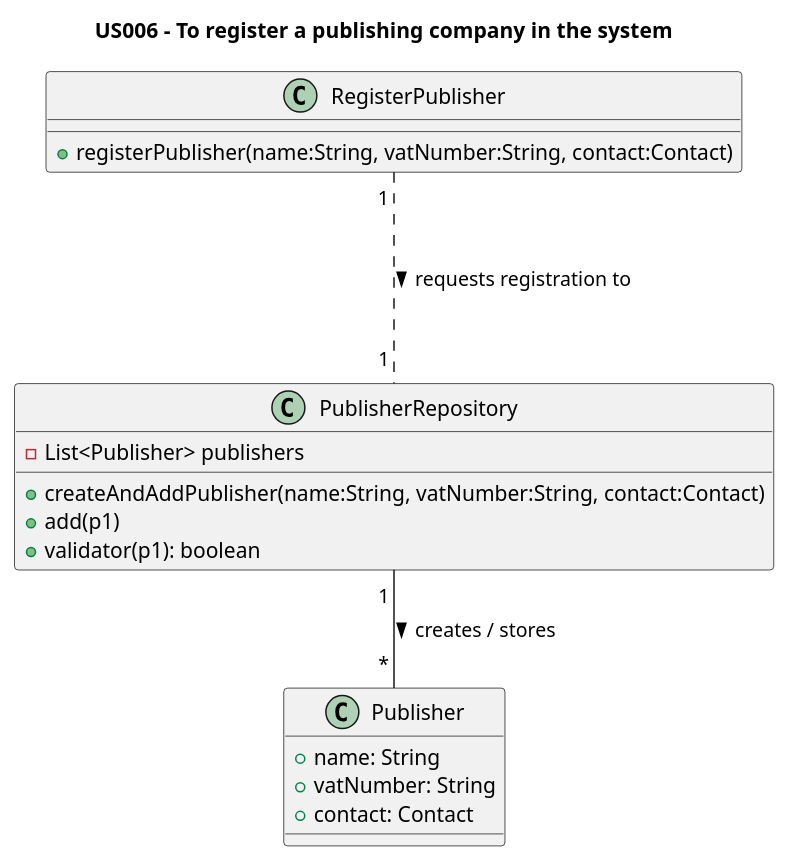
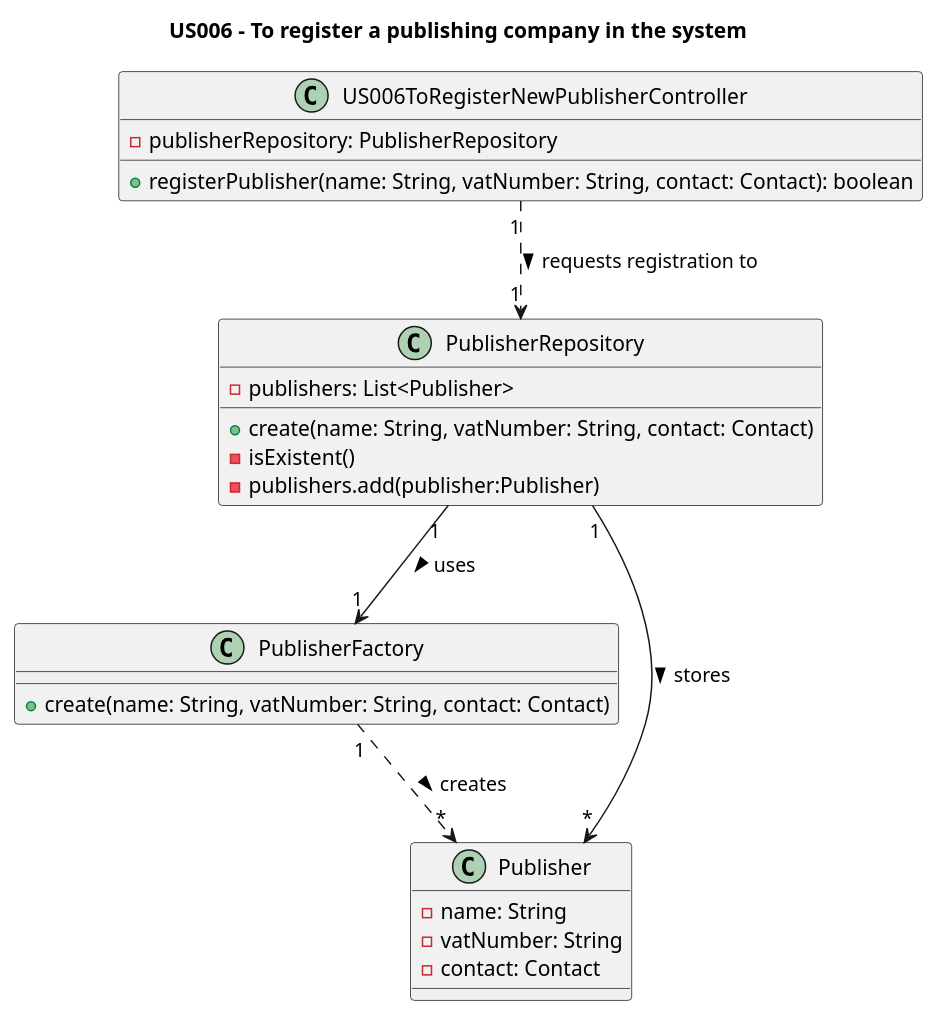
One commit to AndrePereiraGitH/SWitCH-Project-Team_A changed the diagram in Diagrams/ClassDiagrams/US006-to-register-a-publishing-company.puml. Above: the diagram before and after it, drawn with PlantUML. The commit also changed 1 other file, not shown here.

Commit message:
Working on #360, introduce PublisherFactory in SD and CD diagrams related to US006

```diff
--- a/Diagrams/ClassDiagrams/US006-to-register-a-publishing-company.puml
+++ b/Diagrams/ClassDiagrams/US006-to-register-a-publishing-company.puml
@@ -1,27 +1,33 @@
 @startuml
 title US006 - To register a publishing company in the system
 
-class RegisterPublisher {
-  +registerPublisher(name:String, vatNumber:String, contact:Contact)
+class US006ToRegisterNewPublisherController {
+  -publisherRepository: PublisherRepository
+  +registerPublisher(name: String, vatNumber: String, contact: Contact): boolean
 }
 
 class PublisherRepository {
-- List<Publisher> publishers
-  +createAndAddPublisher(name:String, vatNumber:String, contact:Contact)
-  +add(p1)
-  +validator(p1): boolean
+  -publishers: List<Publisher>
+  +create(name: String, vatNumber: String, contact: Contact)
+  -isExistent()
+  -publishers.add(publisher:Publisher)
 }
 
-class Publisher {
-  +name: String
-  +vatNumber: String
-  +contact: Contact
-
+class PublisherFactory {
+  +create(name: String, vatNumber: String, contact: Contact)
 }
 
-' Interactions
 
-RegisterPublisher "1 " -.- "1 " PublisherRepository : requests registration to >
-PublisherRepository "1 " -- " * " Publisher : creates / stores >
+class Publisher {
+  -name: String
+  -vatNumber: String
+  -contact: Contact
+}
+
+US006ToRegisterNewPublisherController "1" ..> "1" PublisherRepository : requests registration to >
+PublisherRepository "1" --> "1" PublisherFactory : uses >
+PublisherFactory "1" ..> "*" Publisher : creates >
+PublisherRepository "1" --> "*" Publisher : stores >
+
 
 @enduml
```
